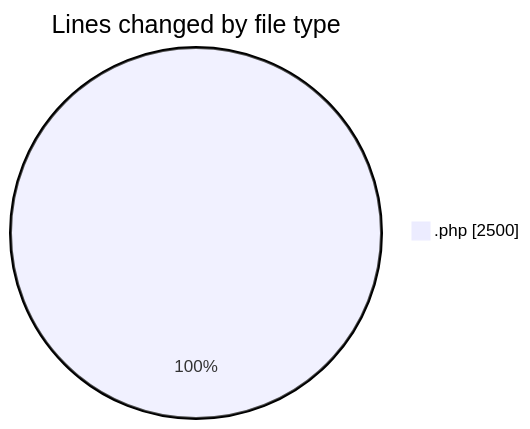
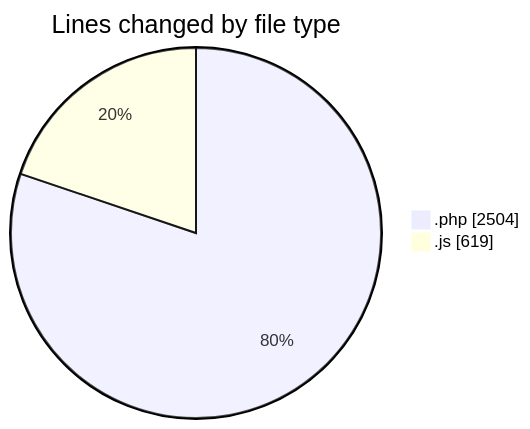
One commit to debugP/code-tracking changed the first of 2 diagrams in 2026-10-20/untitled__workspace_/README.md. Above: the diagram before and after it, drawn with Mermaid. The commit also changed other lines of this file and 1 other file, not shown here.

````diff
--- a/2026-10-20/untitled__workspace_/README.md
+++ b/2026-10-20/untitled__workspace_/README.md
@@ -20,5 +21,6 @@
 ```mermaid
 pie showData
 title Lines changed by file type
-".php" : 2500
+".php" : 2504
+".js" : 619
 ```
````
